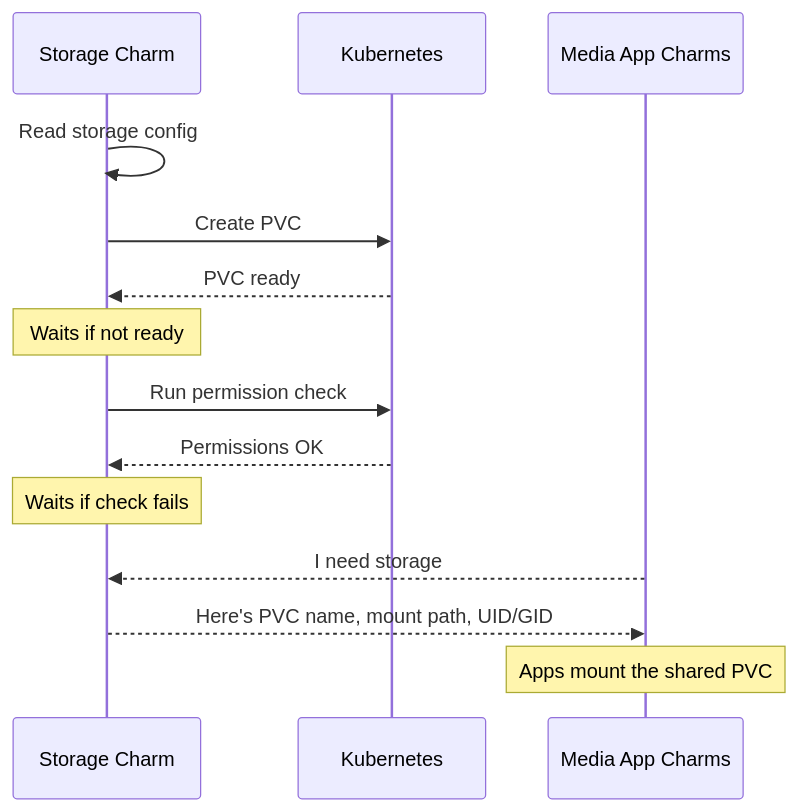
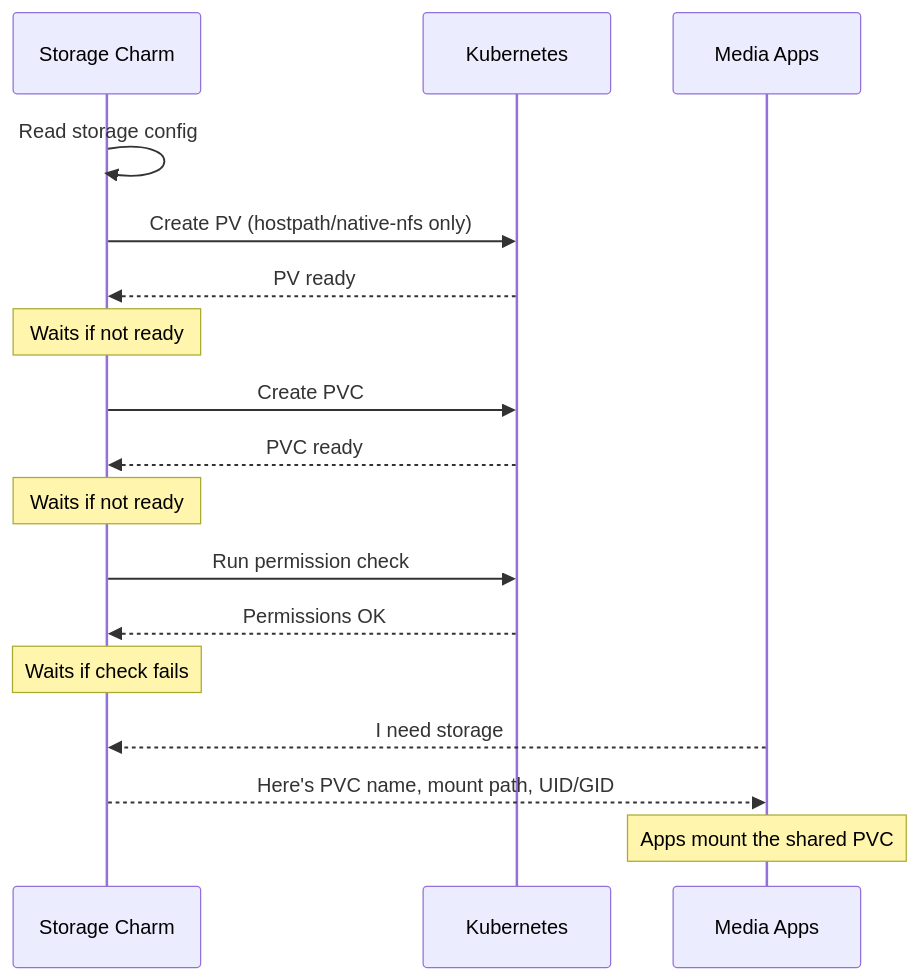
The diagram in docs/charms/storage.md (charmarr/charmarr), drawn with Mermaid before and after one commit. The commit also changed other lines of this file and 23 other files, not shown here.

````diff
--- a/docs/charms/storage.md
+++ b/docs/charms/storage.md
@@ -37,19 +37,23 @@
 ```mermaid
 sequenceDiagram
     participant SC as Storage Charm
     participant K8s as Kubernetes
-    participant Apps as Media App Charms
+    participant Apps as Media Apps
 
     SC->>SC: Read storage config
+    SC->>K8s: Create PV (hostpath/native-nfs only)
+    K8s-->>SC: PV ready
+    Note over SC: Waits if not ready
+
     SC->>K8s: Create PVC
     K8s-->>SC: PVC ready
     Note over SC: Waits if not ready
 
     SC->>K8s: Run permission check
     K8s-->>SC: Permissions OK
     Note over SC: Waits if check fails
 
     Apps-->>SC: I need storage
     SC-->>Apps: Here's PVC name, mount path, UID/GID
     Note over Apps: Apps mount the shared PVC
 ```
````
